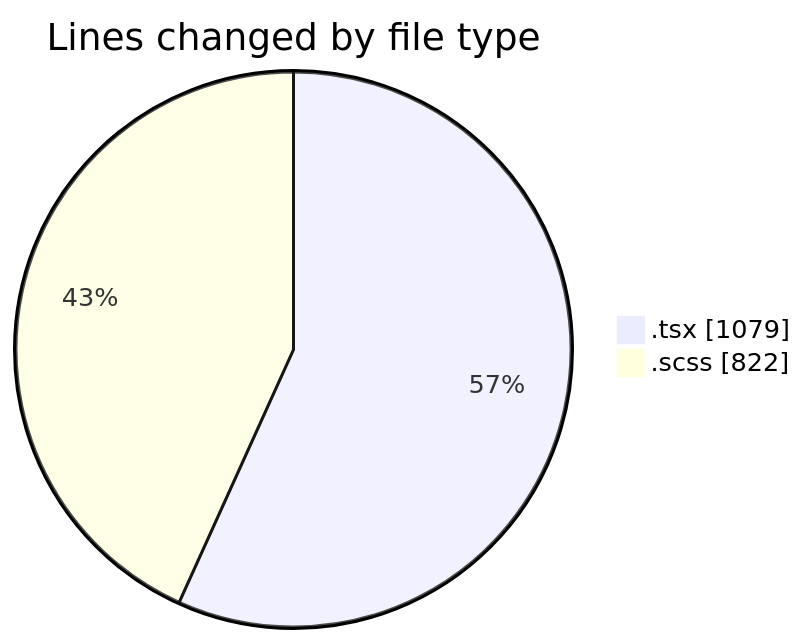
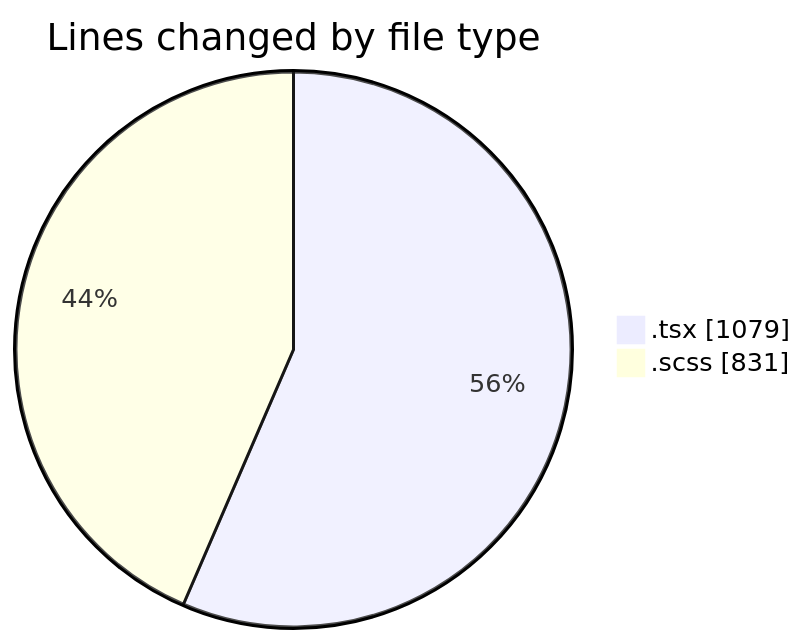
Before and after one commit to momahboobian/code-tracking: the first of 2 diagrams in 2025-10-06/cda/README.md, drawn with Mermaid. The commit also changed other lines of this file and 1 other file, not shown here.

````diff
--- a/2025-10-06/cda/README.md
+++ b/2025-10-06/cda/README.md
@@ -24,6 +24,6 @@
 ```mermaid
 pie showData
 title Lines changed by file type
 ".tsx" : 1079
-".scss" : 822
+".scss" : 831
 ```
````
